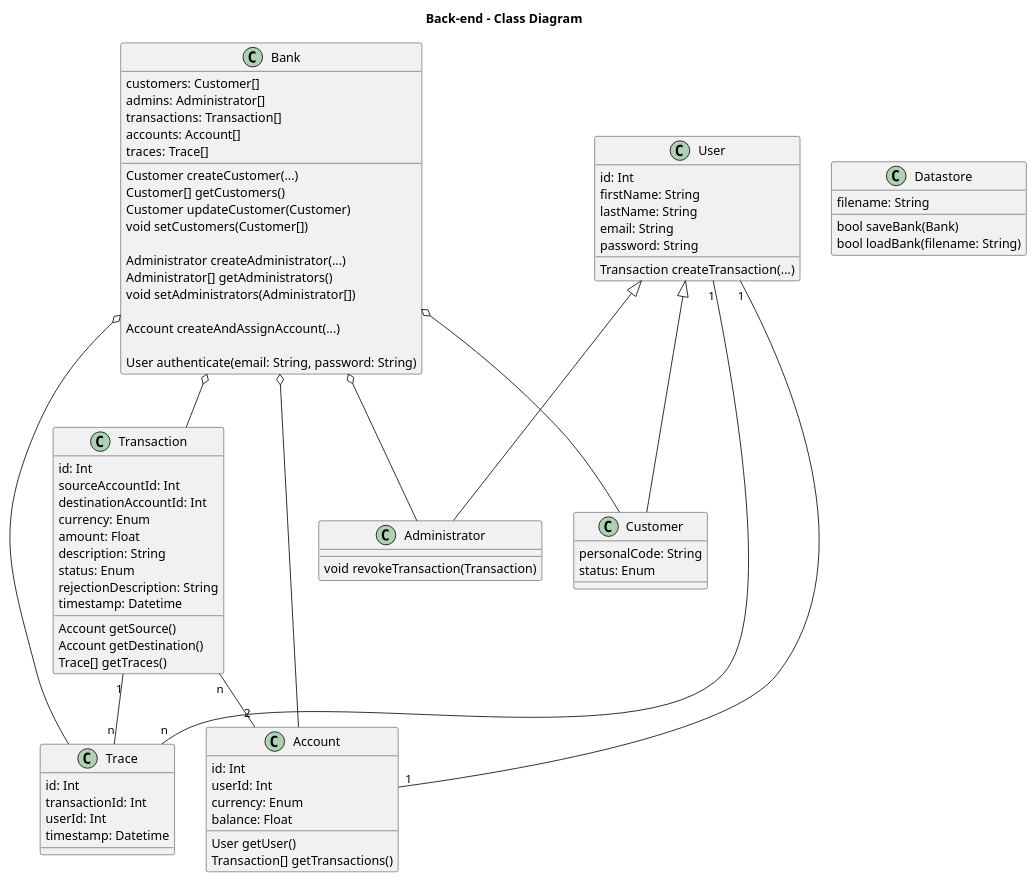
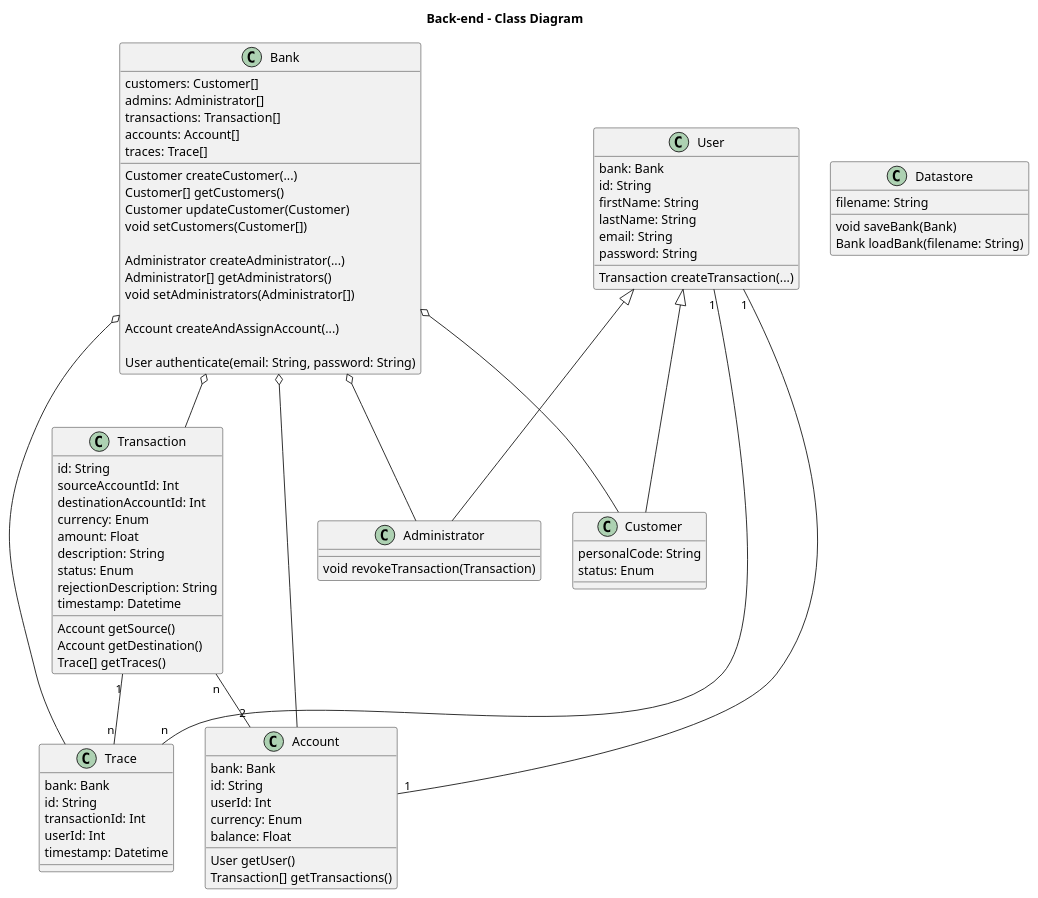
One commit to Sysmod-2021/bankappbackend changed the diagram in docs/classes/backend-classes.plantuml. Above: the diagram before and after it, drawn with PlantUML. The commit also changed 1 other file, not shown here.

Commit message:
Updating the class diagram

```diff
--- a/docs/classes/backend-classes.plantuml
+++ b/docs/classes/backend-classes.plantuml
@@ -1,97 +1,100 @@
 @startuml
 
 title Back-end - Class Diagram
 
 class Bank {
     customers: Customer[]
     admins: Administrator[]
     transactions: Transaction[]
     accounts: Account[]
     traces: Trace[]
     
     Customer createCustomer(...)
     Customer[] getCustomers()
     Customer updateCustomer(Customer)
     void setCustomers(Customer[])
     
     Administrator createAdministrator(...)
     Administrator[] getAdministrators()
     void setAdministrators(Administrator[])
     
     Account createAndAssignAccount(...)
     
     User authenticate(email: String, password: String)
 }
 
 class User {
-    id: Int
+    bank: Bank
+    id: String
     firstName: String
     lastName: String
     email: String
     password: String
     
     Transaction createTransaction(...)
 }
 
 class Customer {
     personalCode: String
     status: Enum
 }
 
 class Administrator {
     void revokeTransaction(Transaction)
 }
 
 class Account {
-    id: Int
+    bank: Bank
+    id: String
     userId: Int
     currency: Enum
     balance: Float
 
     User getUser()
     Transaction[] getTransactions()
 }
 
 class Transaction {
-    id: Int
+    id: String
     sourceAccountId: Int
     destinationAccountId: Int
     currency: Enum
     amount: Float
     description: String
     status: Enum
     rejectionDescription: String
     timestamp: Datetime
 
     Account getSource()
     Account getDestination()
     Trace[] getTraces()
 }
 
 class Trace {
-    id: Int
+    bank: Bank
+    id: String
     transactionId: Int
     userId: Int
     timestamp: Datetime
 }
 
 class Datastore {
     filename: String
 
-    bool saveBank(Bank)
-    bool loadBank(filename: String)
+    void saveBank(Bank)
+    Bank loadBank(filename: String)
 }
 
 Bank o-- Customer
 Bank o-- Administrator
 Bank o-- Transaction
 Bank o-- Account
 Bank o-- Trace
 User <|-- Customer
 User <|-- Administrator
 User "1" -- "1" Account
 Transaction "n" -- "2" Account
 Transaction "1" -- "n" Trace
 User "1" -- "n" Trace
 
 @enduml
```
